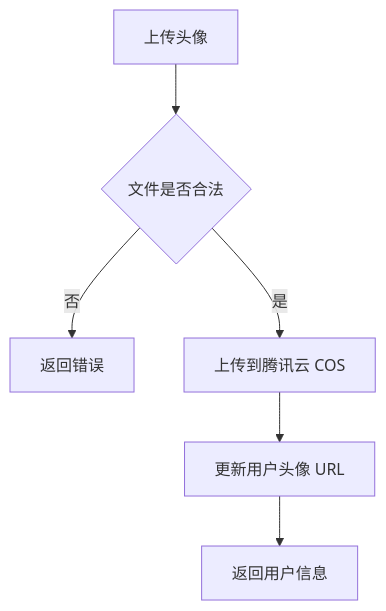
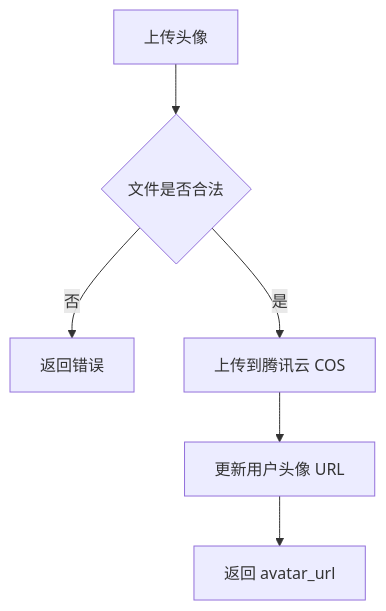
The seventh of 14 diagrams in BUSINESS_FLOW.md (DancingCodes/room-api), drawn with Mermaid before and after one commit. The commit also changed other lines of this file, not shown here.

````diff
--- a/BUSINESS_FLOW.md
+++ b/BUSINESS_FLOW.md
@@ -328,8 +325,8 @@
 ```mermaid
 flowchart TD
   A[上传头像] --> B{文件是否合法}
   B -->|否| C[返回错误]
   B -->|是| D[上传到腾讯云 COS]
   D --> E[更新用户头像 URL]
-  E --> F[返回用户信息]
+  E --> F[返回 avatar_url]
 ```
````
